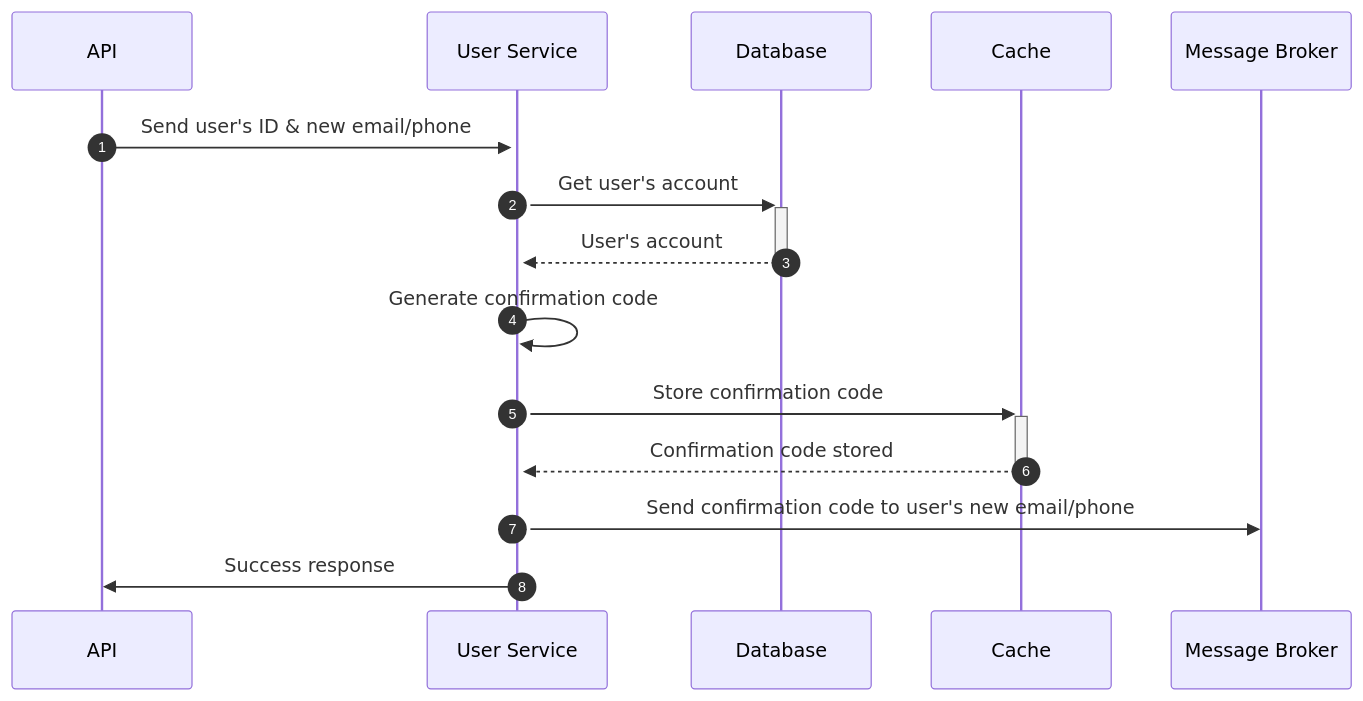
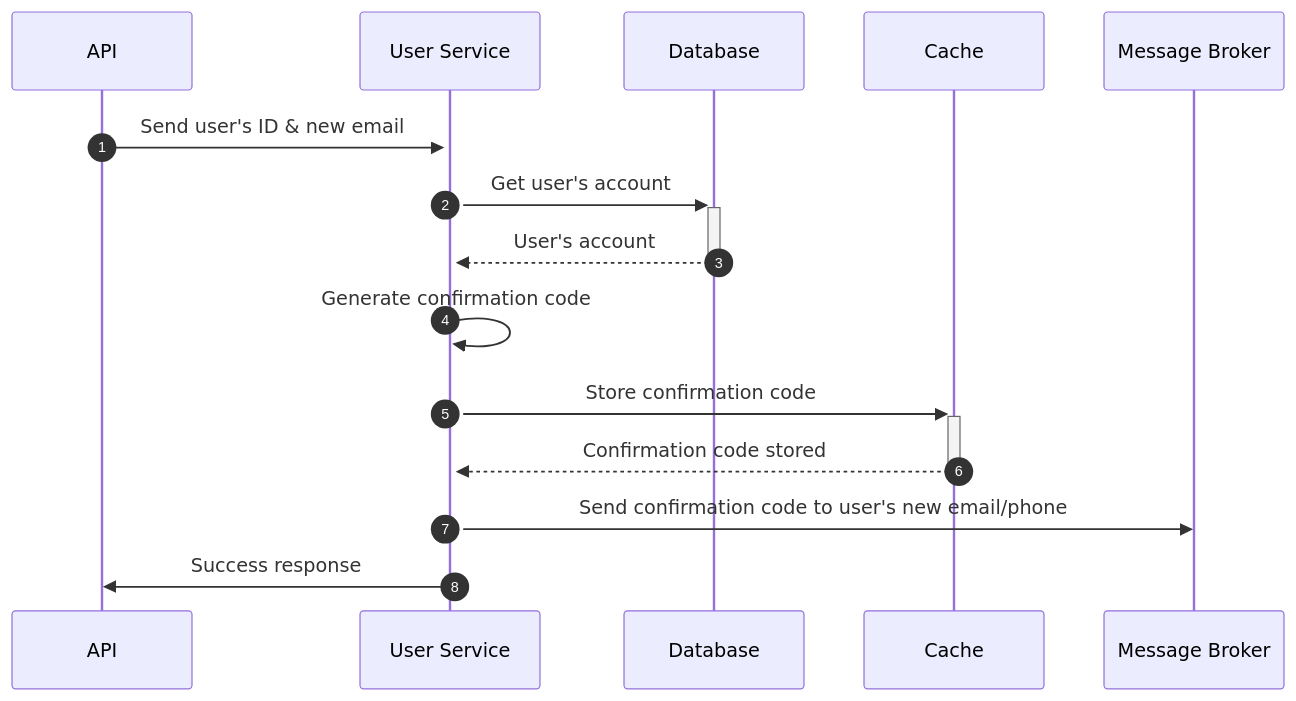
The third of 6 diagrams in user/README.md (escalopa/fingo), drawn with Mermaid before and after one commit. The commit also changed other lines of this file and 29 other files, not shown here.

Commit message:
refactor(user): fix basic components for user service

````diff
--- a/user/README.md
+++ b/user/README.md
@@ -52,12 +51,12 @@
 ```mermaid
 sequenceDiagram
   autonumber
-  API->>+User Service: Send user's ID & new email/phone
+  API->>+User Service: Send user's ID & new email
   User Service->>+Database: Get user's account
   Database-->>-User Service: User's account
   User Service->>User Service: Generate confirmation code
   User Service->>+Cache: Store confirmation code
   Cache-->>-User Service: Confirmation code stored
   User Service->>Message Broker: Send confirmation code to user's new email/phone
   User Service->>API: Success response
 ```
````
